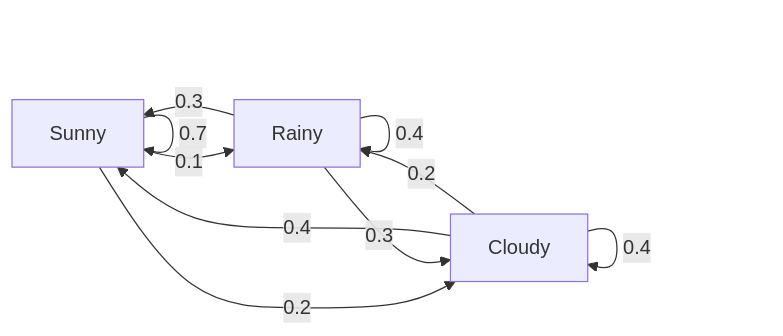
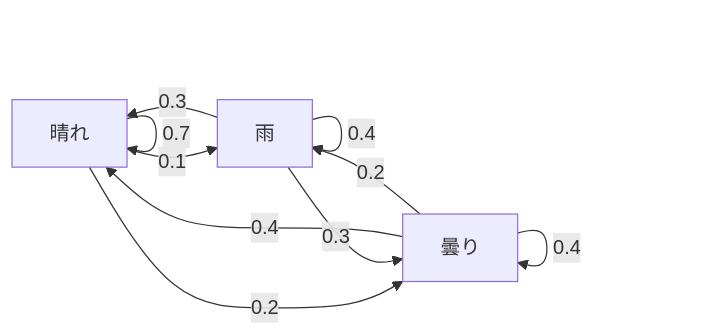
Before and after one commit to shoshoshomen/synapse-academy: the first of 2 diagrams in content/phases/01-math-foundations/22-stochastic-processes/lesson.ja.md, drawn with Mermaid. The commit also changed other lines of this file and 124 other files, not shown here.

First line of the commit message:
feat(i18n): mermaid図のラベルを日本語化(194レッスン/374図)

````diff
--- a/content/phases/01-math-foundations/22-stochastic-processes/lesson.ja.md
+++ b/content/phases/01-math-foundations/22-stochastic-processes/lesson.ja.md
@@ -92,12 +92,12 @@
 ```mermaid
 graph LR
-    S["Sunny"] -->|0.7| S
-    S -->|0.1| R["Rainy"]
-    S -->|0.2| C["Cloudy"]
+    S["晴れ"] -->|0.7| S
+    S -->|0.1| R["雨"]
+    S -->|0.2| C["曇り"]
     R -->|0.3| S
     R -->|0.4| R
     R -->|0.3| C
     C -->|0.4| S
     C -->|0.2| R
     C -->|0.4| C
 ```
````
